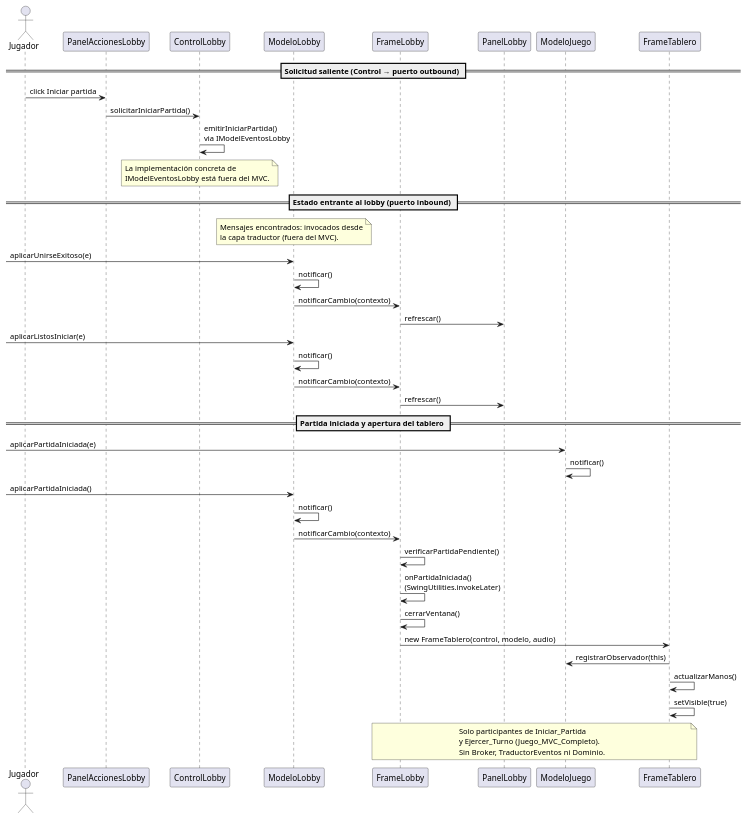
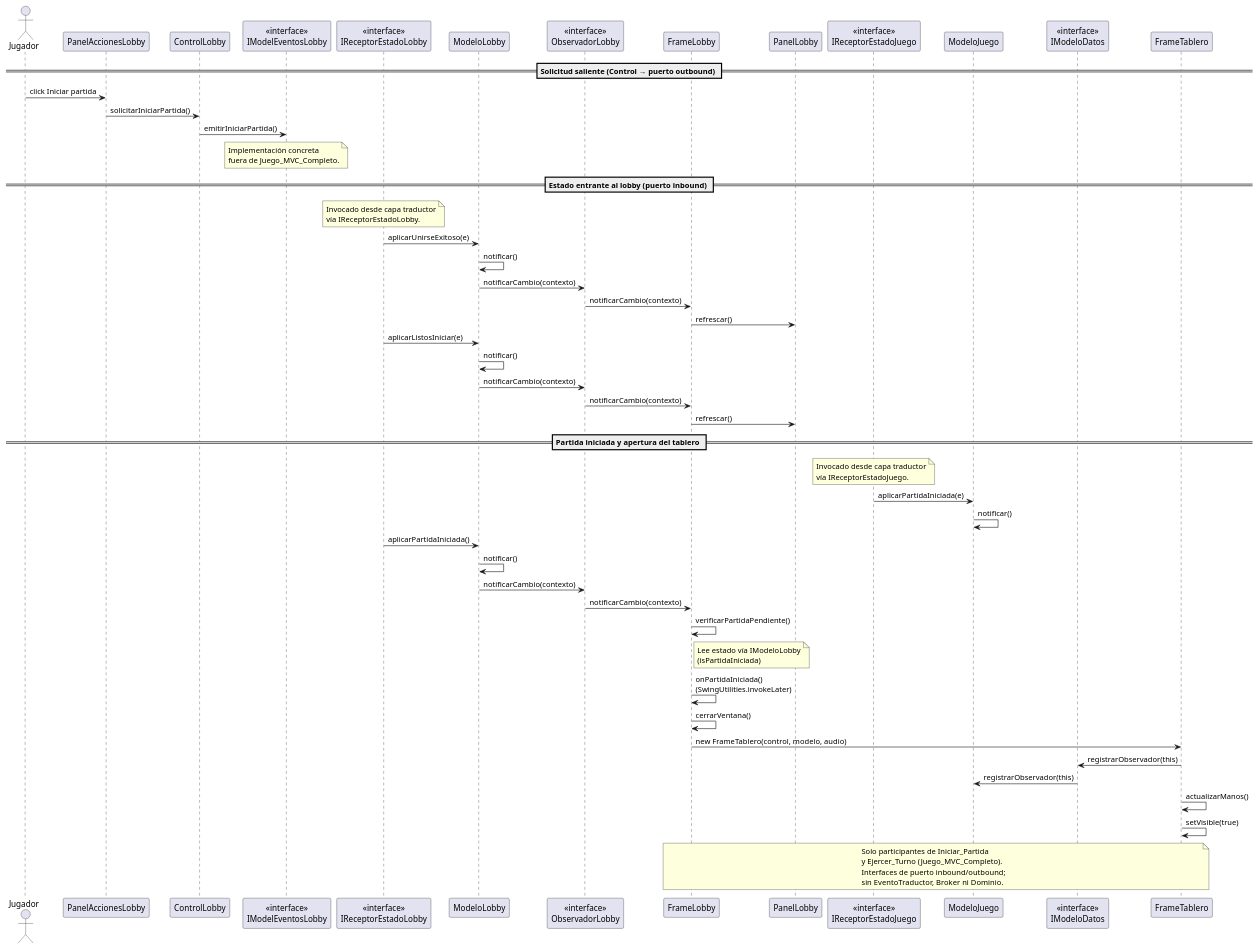
One commit to Afgord/ProyectoFinal_ArquitecturaDeSoftware changed the diagram in docs/diagramas/MVC_IniciarPartida_Secuencia.puml. Above: the diagram before and after it, drawn with PlantUML. The commit also changed 1 other file, not shown here.

```diff
--- a/docs/diagramas/MVC_IniciarPartida_Secuencia.puml
+++ b/docs/diagramas/MVC_IniciarPartida_Secuencia.puml
@@ -1,62 +1,81 @@
 @startuml MVC_IniciarPartida_Secuencia
 skinparam responseMessageBelowArrow true
 
 actor Jugador
 participant "PanelAccionesLobby" as PAL
 participant "ControlLobby" as CL
+participant "«interface»\nIModelEventosLobby" as IMEL
+participant "«interface»\nIReceptorEstadoLobby" as IREL
 participant "ModeloLobby" as ML
+participant "«interface»\nObservadorLobby" as OL
 participant "FrameLobby" as FL
 participant "PanelLobby" as PL
+participant "«interface»\nIReceptorEstadoJuego" as IREJ
 participant "ModeloJuego" as MJ
+participant "«interface»\nIModeloDatos" as IMD
 participant "FrameTablero" as FT
 
 == Solicitud saliente (Control → puerto outbound) ==
 Jugador -> PAL : click Iniciar partida
 PAL -> CL : solicitarIniciarPartida()
-CL -> CL : emitirIniciarPartida()\nvia IModelEventosLobby
+CL -> IMEL : emitirIniciarPartida()
 
-note over CL
-  La implementación concreta de
-  IModelEventosLobby está fuera del MVC.
+note over IMEL
+  Implementación concreta
+  fuera de Juego_MVC_Completo.
 end note
 
 == Estado entrante al lobby (puerto inbound) ==
-note over ML
-  Mensajes encontrados: invocados desde
-  la capa traductor (fuera del MVC).
+note over IREL
+  Invocado desde capa traductor
+  vía IReceptorEstadoLobby.
 end note
 
--> ML : aplicarUnirseExitoso(e)
+IREL -> ML : aplicarUnirseExitoso(e)
 ML -> ML : notificar()
-ML -> FL : notificarCambio(contexto)
+ML -> OL : notificarCambio(contexto)
+OL -> FL : notificarCambio(contexto)
 FL -> PL : refrescar()
 
--> ML : aplicarListosIniciar(e)
+IREL -> ML : aplicarListosIniciar(e)
 ML -> ML : notificar()
-ML -> FL : notificarCambio(contexto)
+ML -> OL : notificarCambio(contexto)
+OL -> FL : notificarCambio(contexto)
 FL -> PL : refrescar()
 
 == Partida iniciada y apertura del tablero ==
--> MJ : aplicarPartidaIniciada(e)
+note over IREJ
+  Invocado desde capa traductor
+  vía IReceptorEstadoJuego.
+end note
+
+IREJ -> MJ : aplicarPartidaIniciada(e)
 MJ -> MJ : notificar()
 
--> ML : aplicarPartidaIniciada()
+IREL -> ML : aplicarPartidaIniciada()
 ML -> ML : notificar()
-ML -> FL : notificarCambio(contexto)
+ML -> OL : notificarCambio(contexto)
+OL -> FL : notificarCambio(contexto)
 
 FL -> FL : verificarPartidaPendiente()
+note right of FL
+  Lee estado vía IModeloLobby
+  (isPartidaIniciada)
+end note
 FL -> FL : onPartidaIniciada()\n(SwingUtilities.invokeLater)
 FL -> FL : cerrarVentana()
 
 FL -> FT : new FrameTablero(control, modelo, audio)
-FT -> MJ : registrarObservador(this)
+FT -> IMD : registrarObservador(this)
+IMD -> MJ : registrarObservador(this)
 FT -> FT : actualizarManos()
 FT -> FT : setVisible(true)
 
 note over FL, FT
   Solo participantes de Iniciar_Partida
   y Ejercer_Turno (Juego_MVC_Completo).
-  Sin Broker, TraductorEventos ni Dominio.
+  Interfaces de puerto inbound/outbound;
+  sin EventoTraductor, Broker ni Dominio.
 end note
 
 @enduml
```
